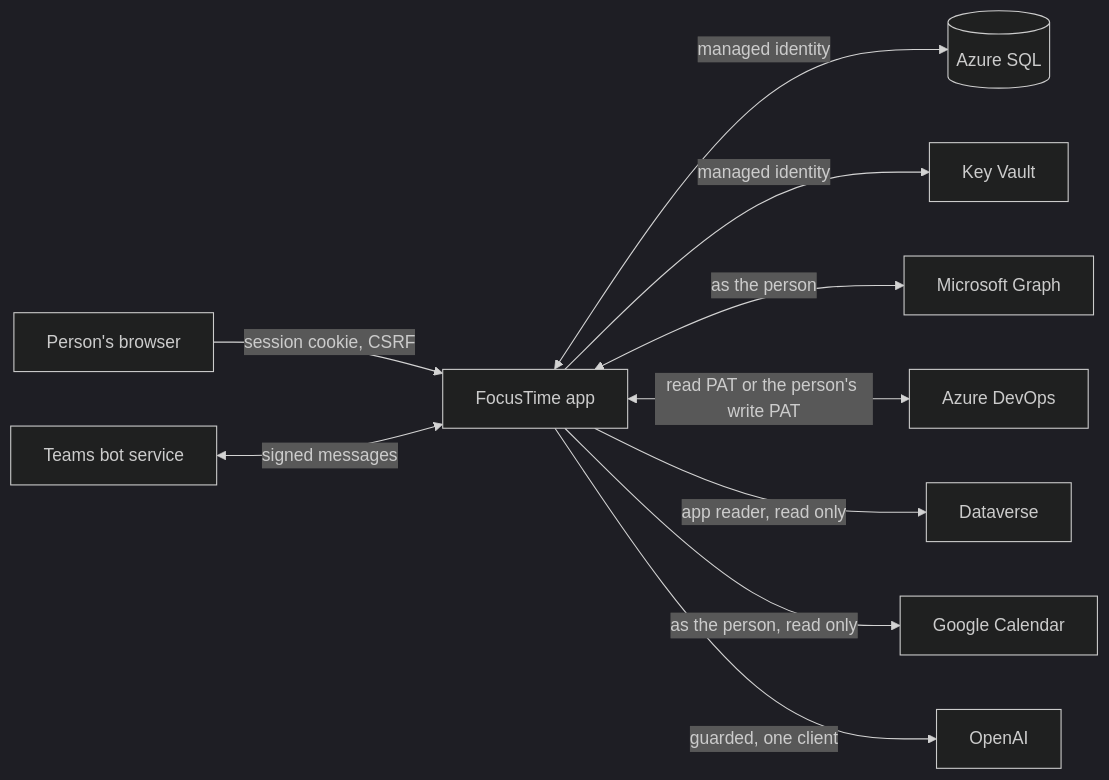
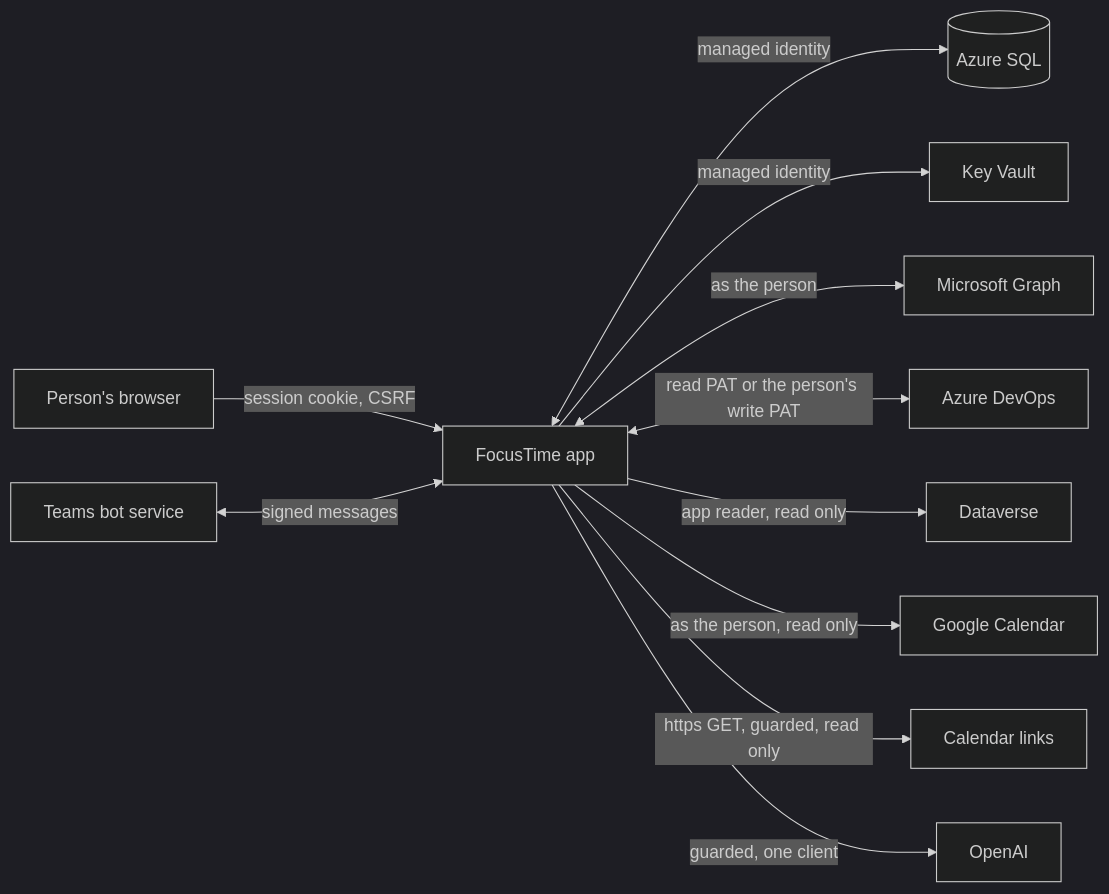
The first of 2 diagrams in docs/technical/security.md (cooptimize/focustime), drawn with Mermaid (dark theme) before and after one commit. The commit also changed other lines of this file and 68 other files, not shown here.

First line of the commit message:
CAL-1: Add any calendar by ICS link

````diff
--- a/docs/technical/security.md
+++ b/docs/technical/security.md
@@ -15,12 +15,13 @@
 ```mermaid
 flowchart LR
   P[Person's browser] -->|session cookie, CSRF| A[FocusTime app]
   A <-->|managed identity| SQL[(Azure SQL)]
   A -->|managed identity| KV[Key Vault]
   A <-->|as the person| G[Microsoft Graph]
   A <-->|read PAT or the person's write PAT| D[Azure DevOps]
   A -->|app reader, read only| DV[Dataverse]
   A -->|as the person, read only| GC[Google Calendar]
+  A -->|https GET, guarded, read only| ICS[Calendar links]
   A -->|guarded, one client| AI[OpenAI]
   T[Teams bot service] <-->|signed messages| A
 ```
````
